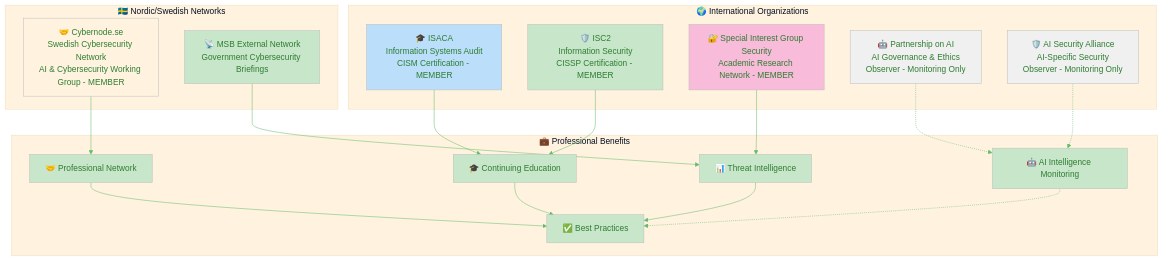
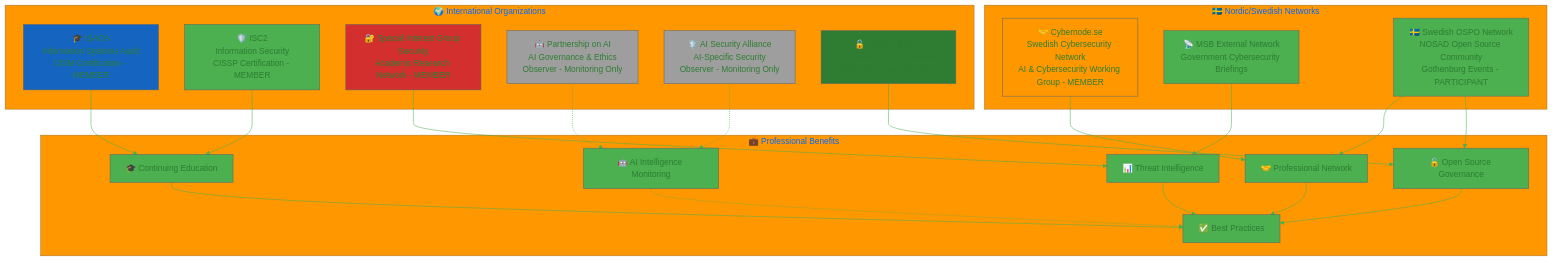
One commit to Hack23/ISMS-PUBLIC changed the second of 4 diagrams in External_Stakeholder_Registry.md. Above: the diagram before and after it, drawn with Mermaid. The commit also changed other lines of this file, not shown here.

````diff
--- a/External_Stakeholder_Registry.md
+++ b/External_Stakeholder_Registry.md
@@ -269,55 +333,64 @@
 ```mermaid
 %%{
   init: {
     'theme': 'base',
     'themeVariables': {
-      'primaryColor': '#c8e6c9',
+      'primaryColor': '#4CAF50',
       'primaryTextColor': '#2e7d32',
-      'lineColor': '#66bb6a',
-      'secondaryColor': '#e3f2fd',
-      'tertiaryColor': '#fff3e0'
+      'lineColor': '#4CAF50',
+      'secondaryColor': '#1565C0',
+      'tertiaryColor': '#FF9800'
     }
   }
 }%%
 graph TD
     subgraph INTL["🌍 International Organizations"]
         ISACA[🎓 ISACA<br/>Information Systems Audit<br/>CISM Certification - MEMBER]
         ISC2[🛡️ ISC2<br/>Information Security<br/>CISSP Certification - MEMBER]
         SIGSEC[🔐 Special Interest Group Security<br/>Academic Research Network - MEMBER]
         PAI[🤖 Partnership on AI<br/>AI Governance & Ethics<br/>Observer - Monitoring Only]
         AI_SEC[🛡️ AI Security Alliance<br/>AI-Specific Security<br/>Observer - Monitoring Only]
+        OSPO_ALLIANCE[🔓 OSPO Alliance<br/>European OSPO Network<br/>OSPO OnRamp - MEMBER]
     end
     
     subgraph NORDIC["🇸🇪 Nordic/Swedish Networks"]
         CYBERNODE[🤝 Cybernode.se<br/>Swedish Cybersecurity Network<br/>AI & Cybersecurity Working Group - MEMBER]
         MSB_NET[📡 MSB External Network<br/>Government Cybersecurity Briefings]
+        NOSAD[🇸🇪 Swedish OSPO Network<br/>NOSAD Open Source Community<br/>Gothenburg Events - PARTICIPANT]
     end
     
     subgraph BENEFITS["💼 Professional Benefits"]
         EDUCATION[🎓 Continuing Education]
         NETWORKING[🤝 Professional Network]
         INTELLIGENCE[📊 Threat Intelligence]
         COMPLIANCE[✅ Best Practices]
         AI_MONITORING[🤖 AI Intelligence Monitoring]
+        OSPO_KNOWLEDGE[🔓 Open Source Governance]
     end
     
     ISACA --> EDUCATION
     ISC2 --> EDUCATION
     SIGSEC --> INTELLIGENCE
     CYBERNODE --> NETWORKING
     MSB_NET --> INTELLIGENCE
     PAI -.-> AI_MONITORING
     AI_SEC -.-> AI_MONITORING
+    OSPO_ALLIANCE --> OSPO_KNOWLEDGE
+    NOSAD --> NETWORKING
+    NOSAD --> OSPO_KNOWLEDGE
     
     EDUCATION --> COMPLIANCE
     NETWORKING --> COMPLIANCE
     INTELLIGENCE --> COMPLIANCE
     AI_MONITORING -.-> COMPLIANCE
+    OSPO_KNOWLEDGE --> COMPLIANCE
     
-    style ISACA fill:#bbdefb
-    style ISC2 fill:#c8e6c9
-    style CYBERNODE fill:#fff3e0
-    style SIGSEC fill:#f8bbd9
-    style PAI fill:#f0f0f0
-    style AI_SEC fill:#f0f0f0
+    style ISACA fill:#1565C0
+    style ISC2 fill:#4CAF50
+    style CYBERNODE fill:#FF9800
+    style SIGSEC fill:#D32F2F
+    style PAI fill:#9E9E9E
+    style AI_SEC fill:#9E9E9E
+    style OSPO_ALLIANCE fill:#2E7D32
+    style NOSAD fill:#4CAF50
 ```
````
